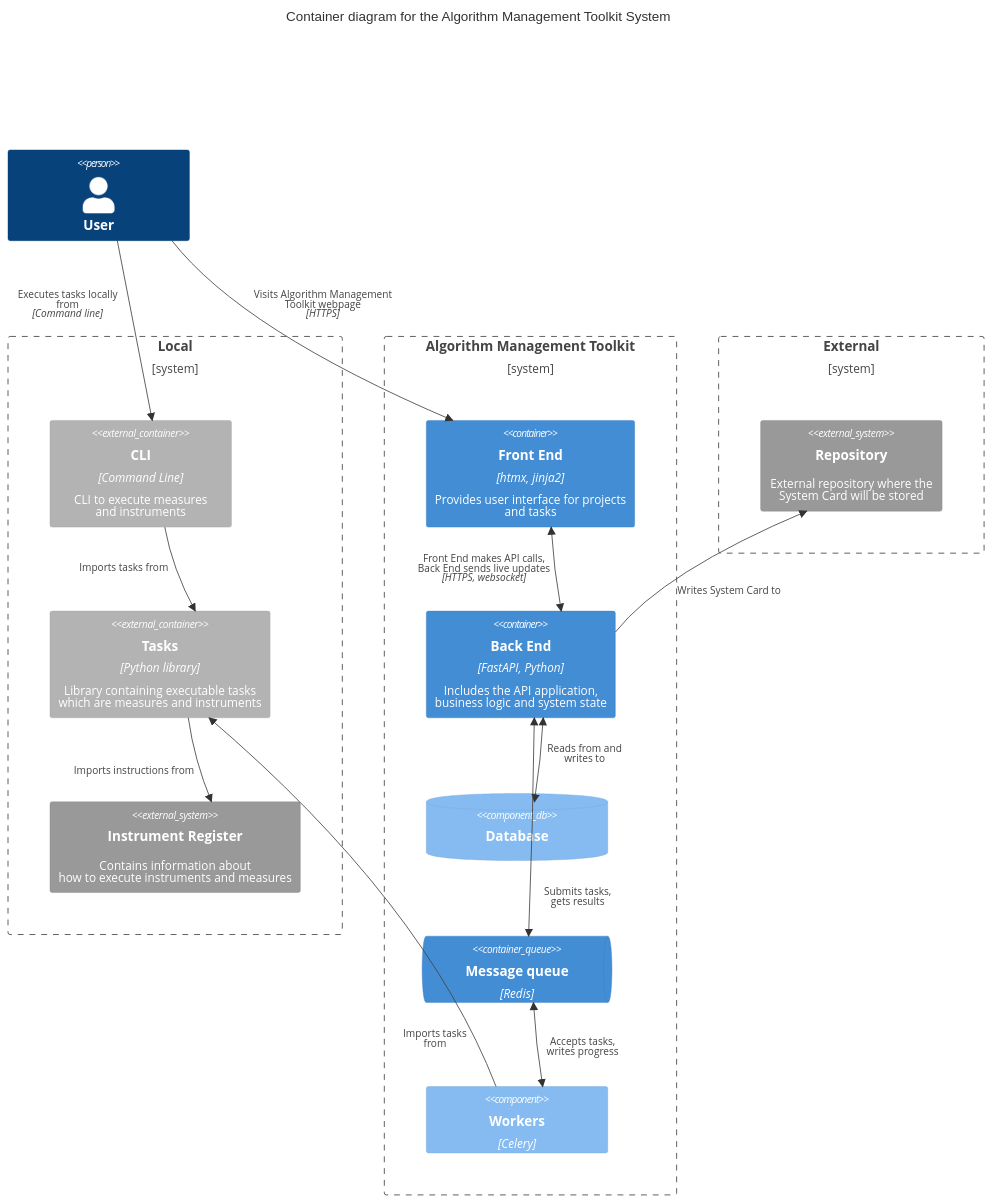
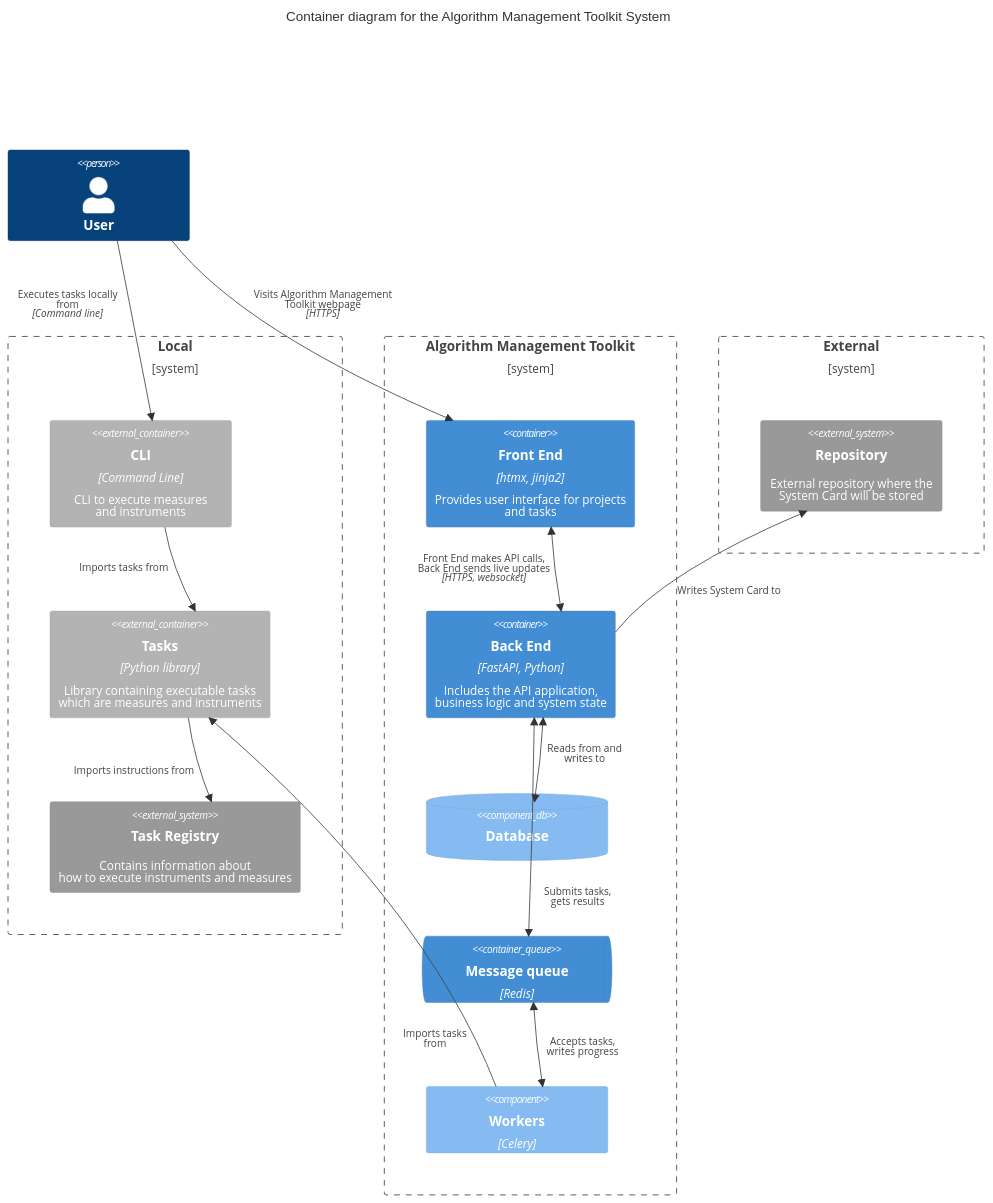
One commit to MinBZK/amt changed the second of 3 diagrams in docs/architecture/architecture.md. Above: the diagram before and after it, drawn with Mermaid. The commit also changed other lines of this file and 5 other files, not shown here.

Commit message:
Rename Instrument Register to Task Registry

````diff
--- a/docs/architecture/architecture.md
+++ b/docs/architecture/architecture.md
@@ -74,68 +74,68 @@
 ```mermaid
 
 C4Container
     title Container diagram for the Algorithm Management Toolkit System
     Person(user0, "User")
 
 
 Boundary(b0, "Local") {
         Container_Ext(CLI, "CLI", "Command Line", "CLI to execute measures <br/> and instruments")
         Container_Ext(Tasks, "Tasks", "Python library", "Library containing executable tasks <br/> which are measures and instruments")
-        System_Ext(InstrumentRegister, "Instrument Register",  "Contains information about <br/>how to execute instruments and measures")
+        System_Ext(TaskRegistry, "Task Registry",  "Contains information about <br/>how to execute instruments and measures")
 
     }
 
 
 
  Boundary(b1, "Algorithm Management Toolkit") {
         Container(FrontEnd, "Front End", "htmx, jinja2", "Provides user interface for projects <br/> and tasks")
         Container(Backend, "Back End", "FastAPI, Python","Includes the API application, <br/>business logic and system state")
         ComponentDb(Db, "Database")
         ContainerQueue(Message queue, "Message queue", "Redis")
         Component(Workers, "Workers", "Celery")
 
     }
 
 
 
 Boundary(b2, "External"){
     System_Ext(Repository, "Repository", "External repository where the <br/> System Card will be stored")
 
 }
 
 UpdateLayoutConfig($c4ShapeInRow="1", $c4BoundaryInRow="4")
 
 Rel(user0, CLI, "Executes tasks locally <br/>from", "Command line")
 UpdateRelStyle(user0, CLI, $offsetY="-40", $offsetX="-140")
 
 Rel(user0, FrontEnd, "Visits Algorithm Management<br/> Toolkit webpage", "HTTPS")
 UpdateRelStyle(user0, FrontEnd, $offsetY="-40", $offsetX="-70")
 
 Rel(CLI, Tasks, "Imports tasks from")
 UpdateRelStyle(CLI, Tasks, $offsetY="-5", $offsetX="-120")
 
 BiRel(FrontEnd, Backend, "Front End makes API calls, <br/> Back End sends live updates", "HTTPS, websocket")
 UpdateRelStyle(FrontEnd, Backend, $offsetY="-10", $offsetX="-165")
 
 
 BiRel(Backend, Db, "Reads from and <br/>writes to", "")
 UpdateRelStyle(Backend, Db, $offsetY="-10", $offsetX="10")
 
 BiRel(Backend, Message queue, "Submits tasks, <br/>gets results")
 UpdateRelStyle(Backend, Message queue, $offsetY="80", $offsetX="15")
 
 
 BiRel(Message queue, Workers, "Accepts tasks, <br/> writes progress")
 UpdateRelStyle(Message queue, Workers, $offsetY="0", $offsetX="10")
 
 
 Rel(Backend, Repository, "Writes System Card to", "")
 UpdateRelStyle(Backend, Repository, $offsetY="20", $offsetX="-40")
 
 Rel(Workers, Tasks, "Imports tasks <br/>from")
 UpdateRelStyle(Workers, Tasks, $offsetY="160", $offsetX="60")
 
-Rel(Tasks, InstrumentRegister, "Imports instructions from", "")
-UpdateRelStyle(Tasks, InstrumentRegister, $offsetY="10", $offsetX="-150")
+Rel(Tasks, TaskRegistry, "Imports instructions from", "")
+UpdateRelStyle(Tasks, TaskRegistry, $offsetY="10", $offsetX="-150")
 
 ```
````
